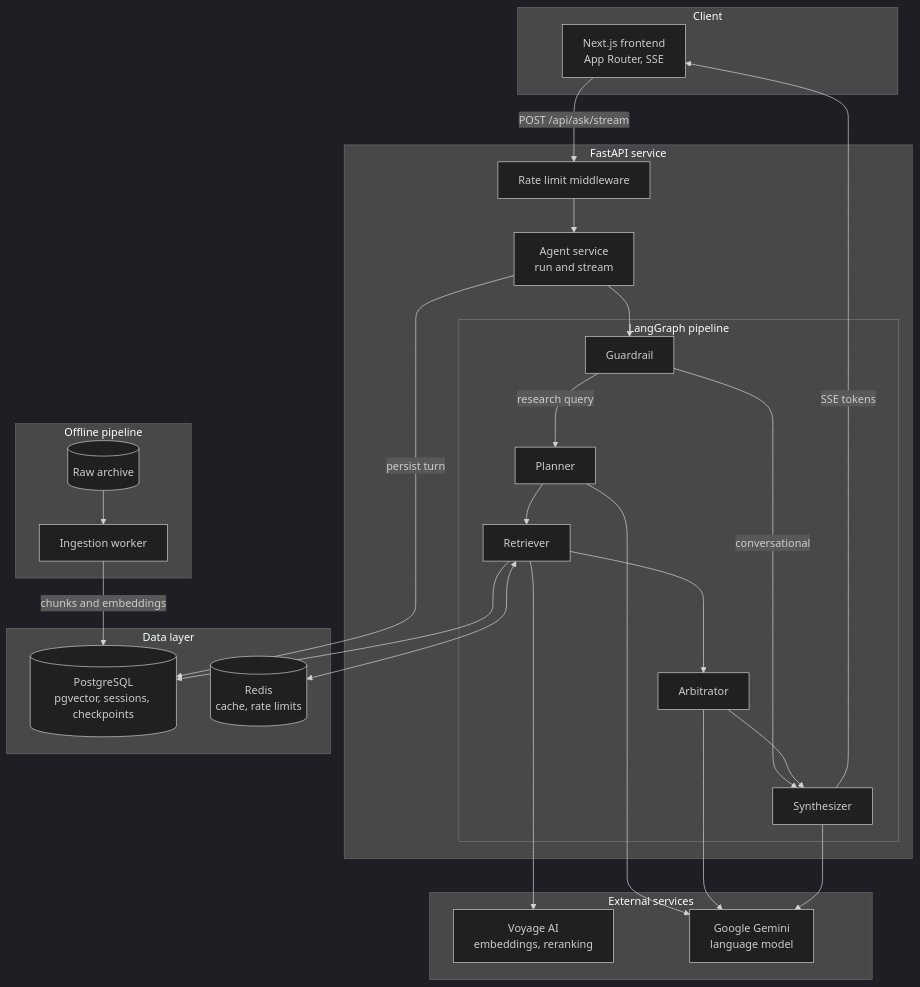
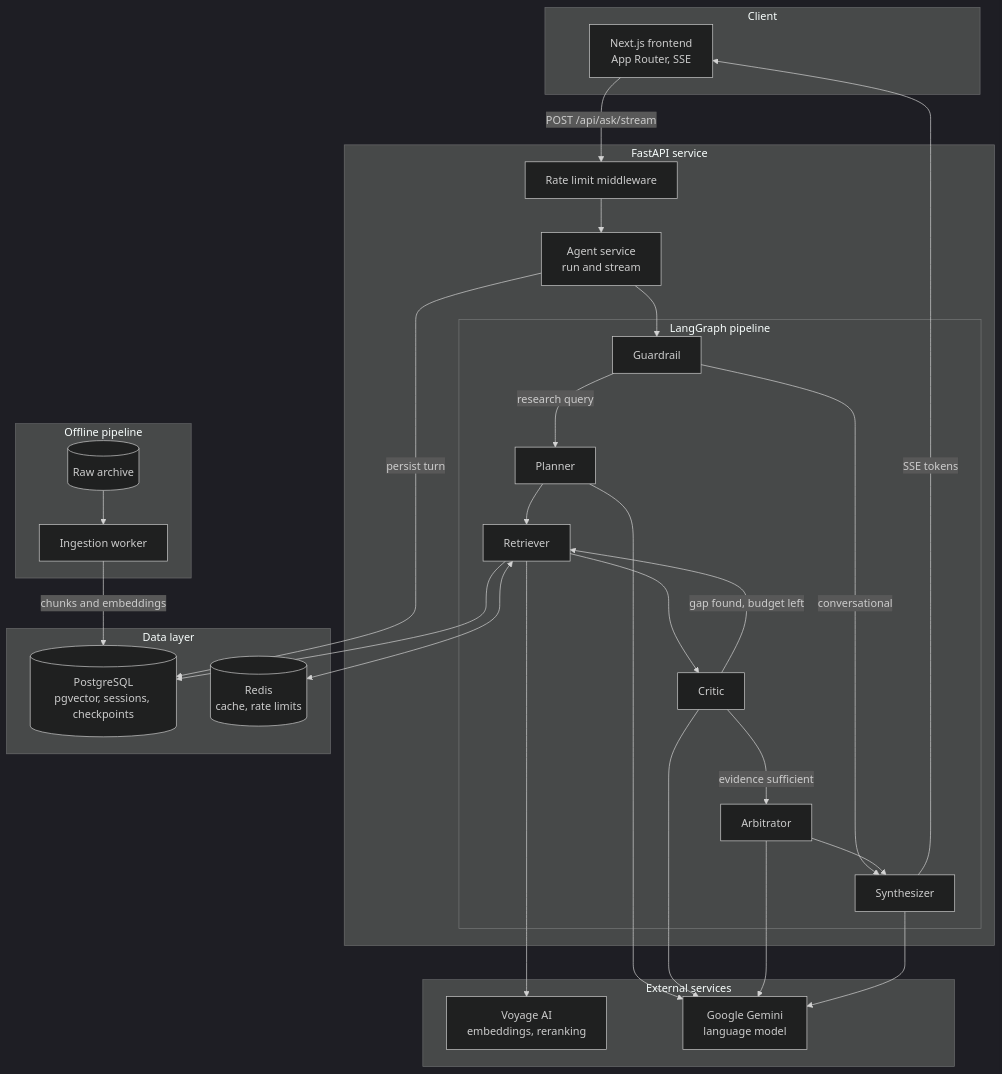
The first of 3 diagrams in docs/architecture.md (NayanthaNethsara/Hermes), drawn with Mermaid (dark theme) before and after one commit. The commit also changed other lines of this file and 16 other files, not shown here.

Commit message:
feat: introduce Critic node for evidence sufficiency assessment and refine search loop

````diff
--- a/docs/architecture.md
+++ b/docs/architecture.md
@@ -10,49 +10,53 @@
 ```mermaid
 flowchart TD
     subgraph Client
         FE["Next.js frontend<br/>App Router, SSE"]
     end
 
     subgraph Service["FastAPI service"]
         MW["Rate limit middleware"]
         SVC["Agent service<br/>run and stream"]
 
         subgraph Graph["LangGraph pipeline"]
             GR["Guardrail"]
             PL["Planner"]
             RT["Retriever"]
+            CR["Critic"]
             AR["Arbitrator"]
             SY["Synthesizer"]
         end
     end
 
     subgraph Stores["Data layer"]
         PG[("PostgreSQL<br/>pgvector, sessions, checkpoints")]
         RD[("Redis<br/>cache, rate limits")]
     end
 
     subgraph External["External services"]
         VY["Voyage AI<br/>embeddings, reranking"]
         GM["Google Gemini<br/>language model"]
     end
 
     subgraph Offline["Offline pipeline"]
         CORPUS[("Raw archive")]
         ING["Ingestion worker"]
     end
 
     FE -->|"POST /api/ask/stream"| MW --> SVC --> GR
     GR -->|conversational| SY
-    GR -->|research query| PL --> RT --> AR --> SY
+    GR -->|research query| PL --> RT --> CR
+    CR -->|gap found, budget left| RT
+    CR -->|evidence sufficient| AR --> SY
 
     RT --> VY
     RT --> PG
     RT <--> RD
     PL --> GM
+    CR --> GM
     AR --> GM
     SY --> GM
 
     SY -->|SSE tokens| FE
     SVC -->|persist turn| PG
     CORPUS --> ING -->|chunks and embeddings| PG
 ```
````
